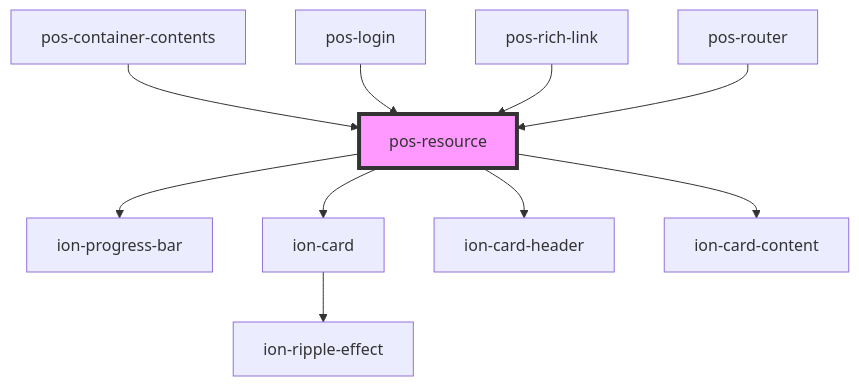
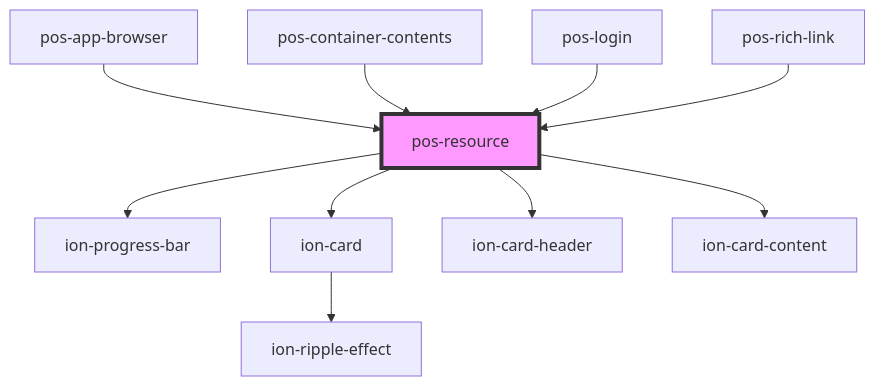
Before and after one commit to pod-os/PodOS: the diagram in docs/elements/components/pos-resource/readme.md, drawn with Mermaid. The commit also changed other lines of this file and 6 other files, not shown here.

````diff
--- a/docs/elements/components/pos-resource/readme.md
+++ b/docs/elements/components/pos-resource/readme.md
@@ -54,13 +54,13 @@
 ```mermaid
 graph TD;
   pos-resource --> ion-progress-bar
   pos-resource --> ion-card
   pos-resource --> ion-card-header
   pos-resource --> ion-card-content
   ion-card --> ion-ripple-effect
+  pos-app-browser --> pos-resource
   pos-container-contents --> pos-resource
   pos-login --> pos-resource
   pos-rich-link --> pos-resource
-  pos-router --> pos-resource
   style pos-resource fill:#f9f,stroke:#333,stroke-width:4px
 ```
````
